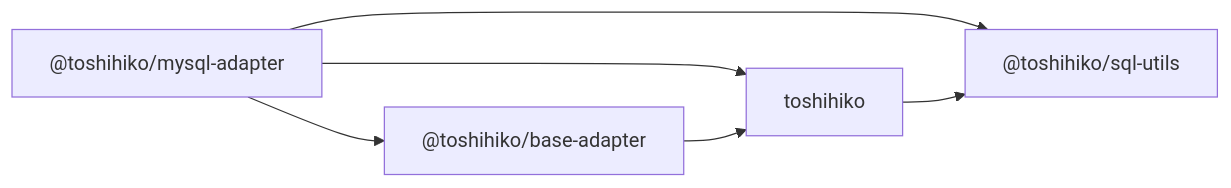
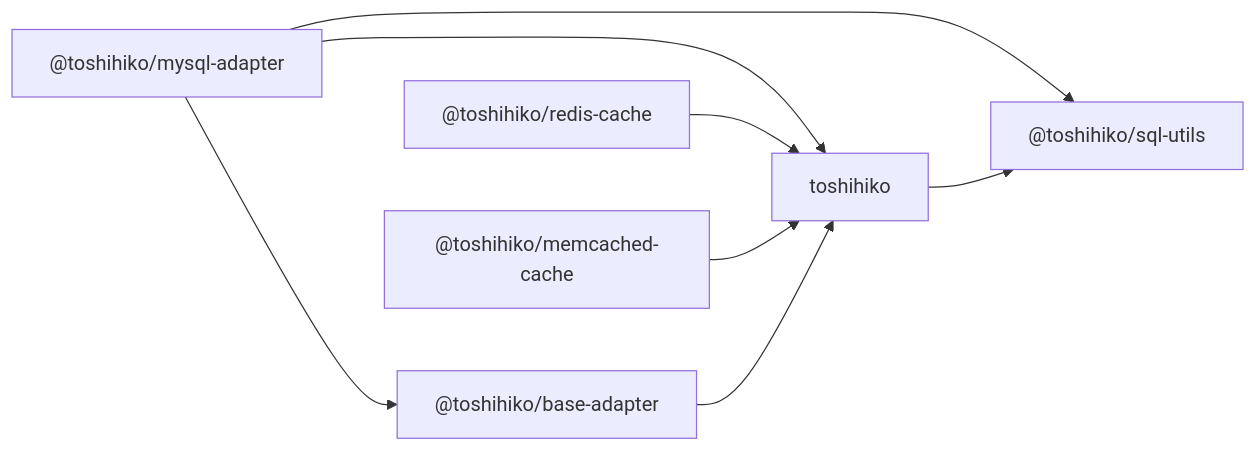
One commit to toshihikojs/Toshihiko changed the diagram in README.md. Above: the diagram before and after it, drawn with Mermaid. The commit also changed other lines of this file and 34 other files, not shown here.

````diff
--- a/README.md
+++ b/README.md
@@ -100,8 +102,10 @@
 ```mermaid
 flowchart LR
   mysql["@toshihiko/mysql-adapter"] --> base["@toshihiko/base-adapter"]
   mysql --> core["toshihiko"]
   mysql --> sql["@toshihiko/sql-utils"]
+  redis["@toshihiko/redis-cache"] --> core
+  memcached["@toshihiko/memcached-cache"] --> core
   base --> core
   core --> sql
 ```
````
